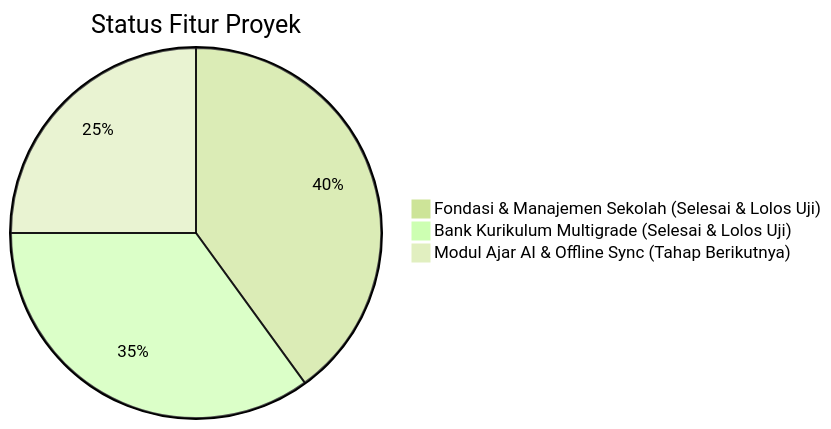
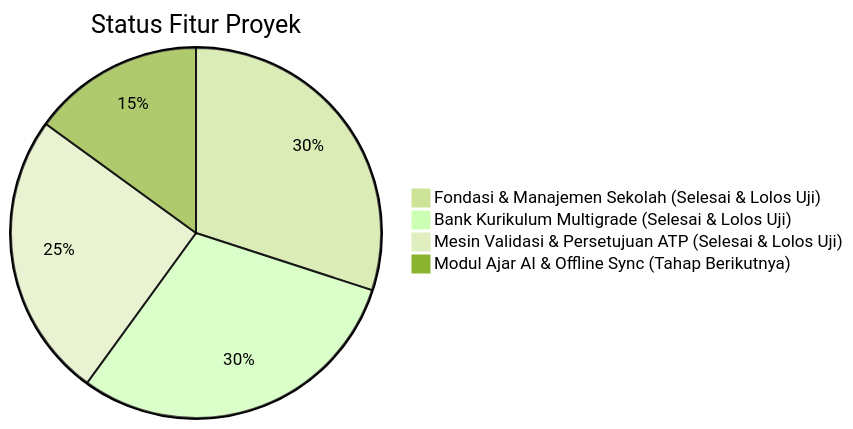
Before and after one commit to akhshodikin/Multigrade-Cerdas: the diagram in IMPLEMENTATION_STATUS.md, drawn with Mermaid (forest theme). The commit also changed other lines of this file and 14 other files, not shown here.

````diff
--- a/IMPLEMENTATION_STATUS.md
+++ b/IMPLEMENTATION_STATUS.md
@@ -10,6 +10,7 @@
 ```mermaid
 pie title Status Fitur Proyek
-    "Fondasi & Manajemen Sekolah (Selesai & Lolos Uji)" : 40
-    "Bank Kurikulum Multigrade (Selesai & Lolos Uji)" : 35
-    "Modul Ajar AI & Offline Sync (Tahap Berikutnya)" : 25
+    "Fondasi & Manajemen Sekolah (Selesai & Lolos Uji)" : 30
+    "Bank Kurikulum Multigrade (Selesai & Lolos Uji)" : 30
+    "Mesin Validasi & Persetujuan ATP (Selesai & Lolos Uji)" : 25
+    "Modul Ajar AI & Offline Sync (Tahap Berikutnya)" : 15
 ```
````
